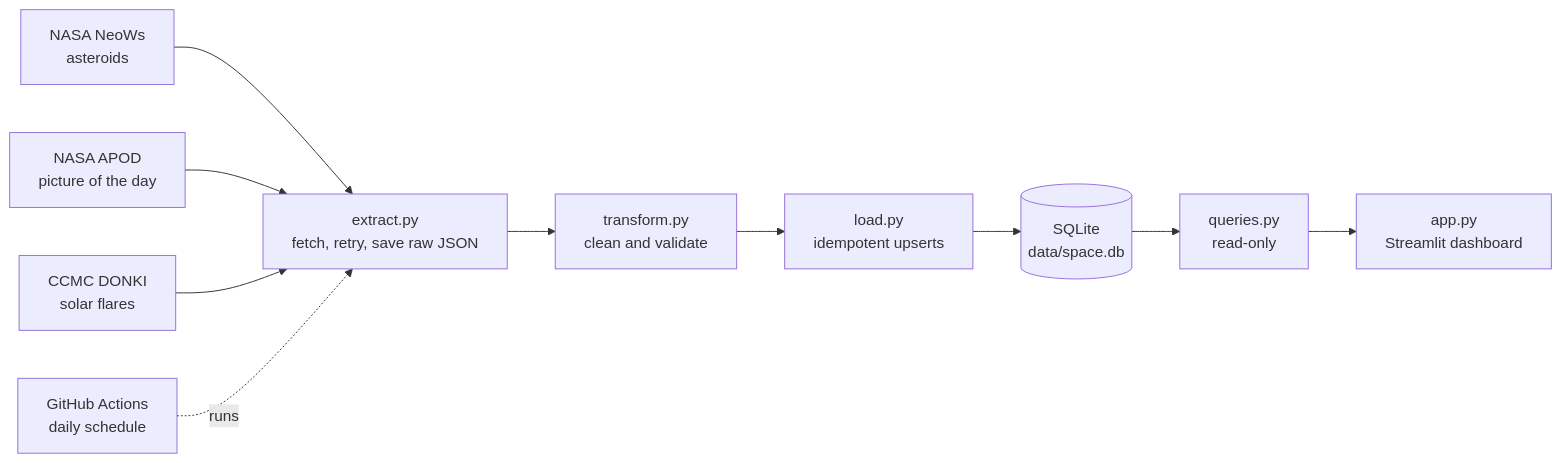
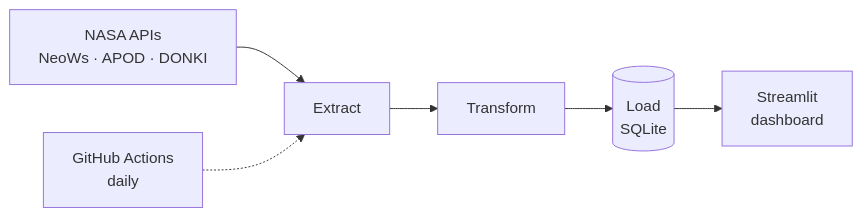
The diagram in README.md (clayton8090/NASA_space_dashboard), drawn with Mermaid before and after one commit. The commit also changed other lines of this file, not shown here.

Commit message:
Shorter README with live link and project diagram; backlog note

````diff
--- a/README.md
+++ b/README.md
@@ -17,12 +11,5 @@
 ```mermaid
 flowchart LR
-    A["NASA NeoWs<br/>asteroids"] --> E
-    B["NASA APOD<br/>picture of the day"] --> E
-    C["CCMC DONKI<br/>solar flares"] --> E
-    E["extract.py<br/>fetch, retry, save raw JSON"] --> T["transform.py<br/>clean and validate"]
-    T --> L["load.py<br/>idempotent upserts"]
-    L --> D[("SQLite<br/>data/space.db")]
-    D --> Q["queries.py<br/>read-only"]
-    Q --> S["app.py<br/>Streamlit dashboard"]
-    G["GitHub Actions<br/>daily schedule"] -.->|runs| E
+    N["NASA APIs<br/>NeoWs · APOD · DONKI"] --> E["Extract"] --> T["Transform"] --> L[("Load<br/>SQLite")] --> D["Streamlit<br/>dashboard"]
+    G["GitHub Actions<br/>daily"] -.-> E
 ```
````
